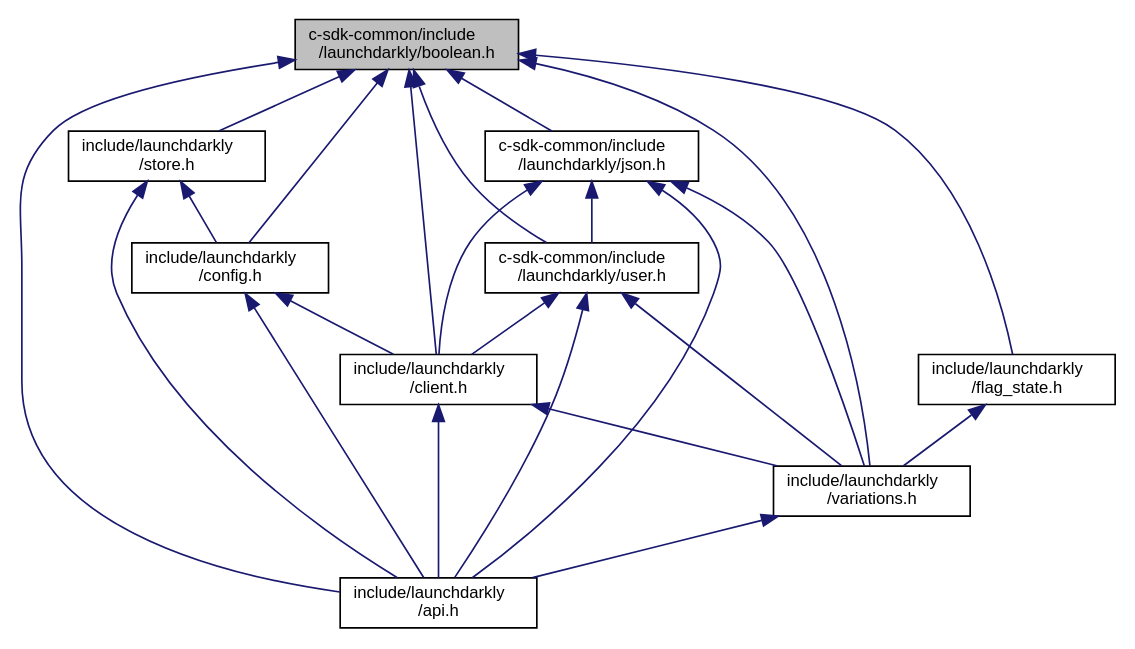
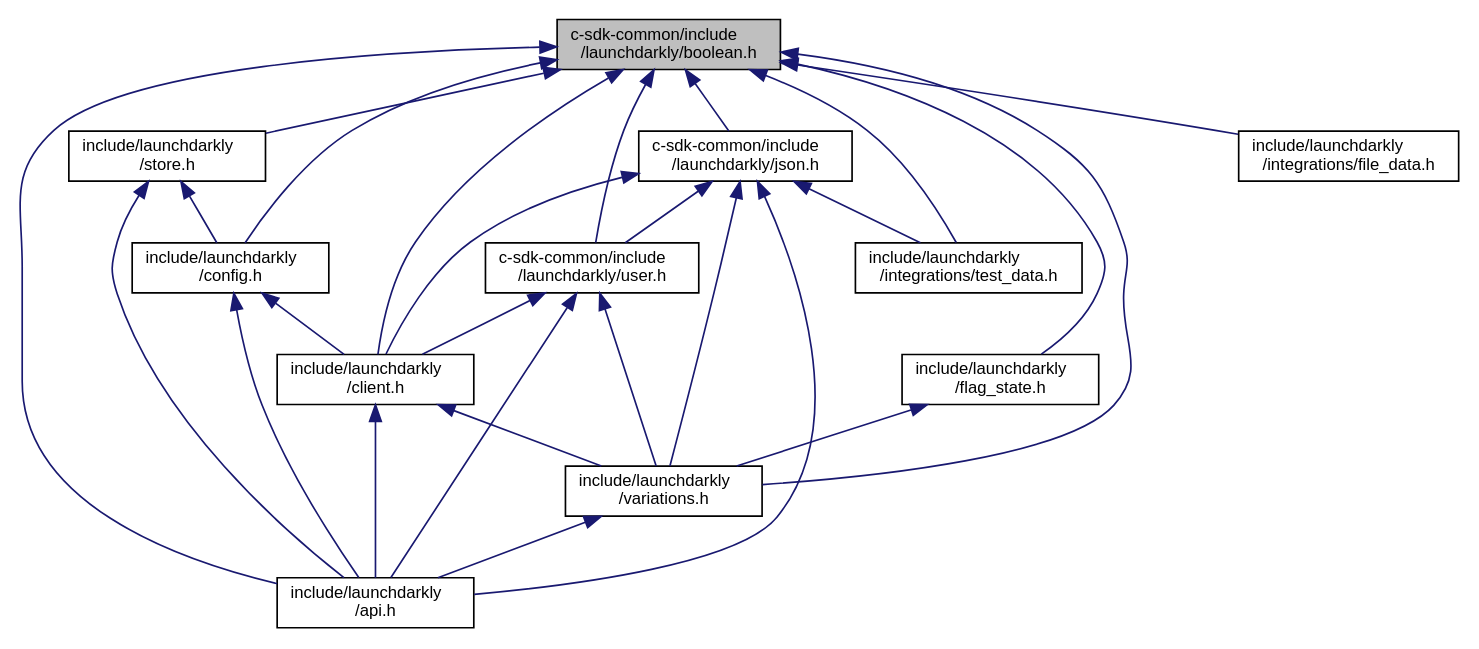
One commit to launchdarkly/c-server-sdk changed the diagram in boolean_8h__dep__incl.dot. Above: the diagram before and after it, drawn with Graphviz. The commit also changed 86 other files, not shown here.

```diff
--- a/boolean_8h__dep__incl.dot
+++ b/boolean_8h__dep__incl.dot
@@ -1,37 +1,42 @@
 digraph "c-sdk-common/include/launchdarkly/boolean.h"
 {
   edge [fontname="Helvetica",fontsize="10",labelfontname="Helvetica",labelfontsize="10"];
   node [fontname="Helvetica",fontsize="10",shape=record];
   Node1 [label="c-sdk-common/include\l/launchdarkly/boolean.h",height=0.2,width=0.4,color="black", fillcolor="grey75", style="filled", fontcolor="black"];
   Node1 -> Node2 [dir="back",color="midnightblue",fontsize="10",style="solid",fontname="Helvetica"];
   Node2 [label="include/launchdarkly\l/api.h",height=0.2,width=0.4,color="black", fillcolor="white", style="filled",URL="$api_8h.html",tooltip="Public API. Include this for every public operation. "];
   Node1 -> Node3 [dir="back",color="midnightblue",fontsize="10",style="solid",fontname="Helvetica"];
   Node3 [label="include/launchdarkly\l/client.h",height=0.2,width=0.4,color="black", fillcolor="white", style="filled",URL="$client_8h.html",tooltip="Public API for Client operations. "];
   Node3 -> Node2 [dir="back",color="midnightblue",fontsize="10",style="solid",fontname="Helvetica"];
   Node3 -> Node4 [dir="back",color="midnightblue",fontsize="10",style="solid",fontname="Helvetica"];
   Node4 [label="include/launchdarkly\l/variations.h",height=0.2,width=0.4,color="black", fillcolor="white", style="filled",URL="$variations_8h.html",tooltip="Public API for evaluation variations. "];
   Node4 -> Node2 [dir="back",color="midnightblue",fontsize="10",style="solid",fontname="Helvetica"];
   Node1 -> Node5 [dir="back",color="midnightblue",fontsize="10",style="solid",fontname="Helvetica"];
   Node5 [label="include/launchdarkly\l/config.h",height=0.2,width=0.4,color="black", fillcolor="white", style="filled",URL="$config_8h.html",tooltip="Public API for Configuration. "];
   Node5 -> Node3 [dir="back",color="midnightblue",fontsize="10",style="solid",fontname="Helvetica"];
   Node5 -> Node2 [dir="back",color="midnightblue",fontsize="10",style="solid",fontname="Helvetica"];
   Node1 -> Node6 [dir="back",color="midnightblue",fontsize="10",style="solid",fontname="Helvetica"];
   Node6 [label="include/launchdarkly\l/store.h",height=0.2,width=0.4,color="black", fillcolor="white", style="filled",URL="$store_8h.html",tooltip="Public API for Store implementations. "];
   Node6 -> Node5 [dir="back",color="midnightblue",fontsize="10",style="solid",fontname="Helvetica"];
   Node6 -> Node2 [dir="back",color="midnightblue",fontsize="10",style="solid",fontname="Helvetica"];
   Node1 -> Node7 [dir="back",color="midnightblue",fontsize="10",style="solid",fontname="Helvetica"];
   Node7 [label="c-sdk-common/include\l/launchdarkly/json.h",height=0.2,width=0.4,color="black", fillcolor="white", style="filled",URL="$json_8h.html",tooltip="Public API for JSON usage. "];
   Node7 -> Node3 [dir="back",color="midnightblue",fontsize="10",style="solid",fontname="Helvetica"];
   Node7 -> Node8 [dir="back",color="midnightblue",fontsize="10",style="solid",fontname="Helvetica"];
   Node8 [label="c-sdk-common/include\l/launchdarkly/user.h",height=0.2,width=0.4,color="black", fillcolor="white", style="filled",URL="$user_8h.html",tooltip="Public API for User construction. "];
   Node8 -> Node3 [dir="back",color="midnightblue",fontsize="10",style="solid",fontname="Helvetica"];
   Node8 -> Node2 [dir="back",color="midnightblue",fontsize="10",style="solid",fontname="Helvetica"];
   Node8 -> Node4 [dir="back",color="midnightblue",fontsize="10",style="solid",fontname="Helvetica"];
   Node7 -> Node2 [dir="back",color="midnightblue",fontsize="10",style="solid",fontname="Helvetica"];
   Node7 -> Node4 [dir="back",color="midnightblue",fontsize="10",style="solid",fontname="Helvetica"];
+  Node7 -> Node9 [dir="back",color="midnightblue",fontsize="10",style="solid",fontname="Helvetica"];
+  Node9 [label="include/launchdarkly\l/integrations/test_data.h",height=0.2,width=0.4,color="black", fillcolor="white", style="filled",URL="$test__data_8h.html",tooltip="Public API for LDTestData. "];
   Node1 -> Node8 [dir="back",color="midnightblue",fontsize="10",style="solid",fontname="Helvetica"];
   Node1 -> Node4 [dir="back",color="midnightblue",fontsize="10",style="solid",fontname="Helvetica"];
+  Node1 -> Node10 [dir="back",color="midnightblue",fontsize="10",style="solid",fontname="Helvetica"];
+  Node10 [label="include/launchdarkly\l/flag_state.h",height=0.2,width=0.4,color="black", fillcolor="white", style="filled",URL="$flag__state_8h.html",tooltip="Public API associated with LDAllFlagsState. "];
+  Node10 -> Node4 [dir="back",color="midnightblue",fontsize="10",style="solid",fontname="Helvetica"];
+  Node1 -> Node11 [dir="back",color="midnightblue",fontsize="10",style="solid",fontname="Helvetica"];
+  Node11 [label="include/launchdarkly\l/integrations/file_data.h",height=0.2,width=0.4,color="black", fillcolor="white", style="filled",URL="$file__data_8h.html",tooltip="Public API for file data source. "];
   Node1 -> Node9 [dir="back",color="midnightblue",fontsize="10",style="solid",fontname="Helvetica"];
-  Node9 [label="include/launchdarkly\l/flag_state.h",height=0.2,width=0.4,color="black", fillcolor="white", style="filled",URL="$flag__state_8h.html",tooltip="Public API associated with LDAllFlagsState. "];
-  Node9 -> Node4 [dir="back",color="midnightblue",fontsize="10",style="solid",fontname="Helvetica"];
 }
```
